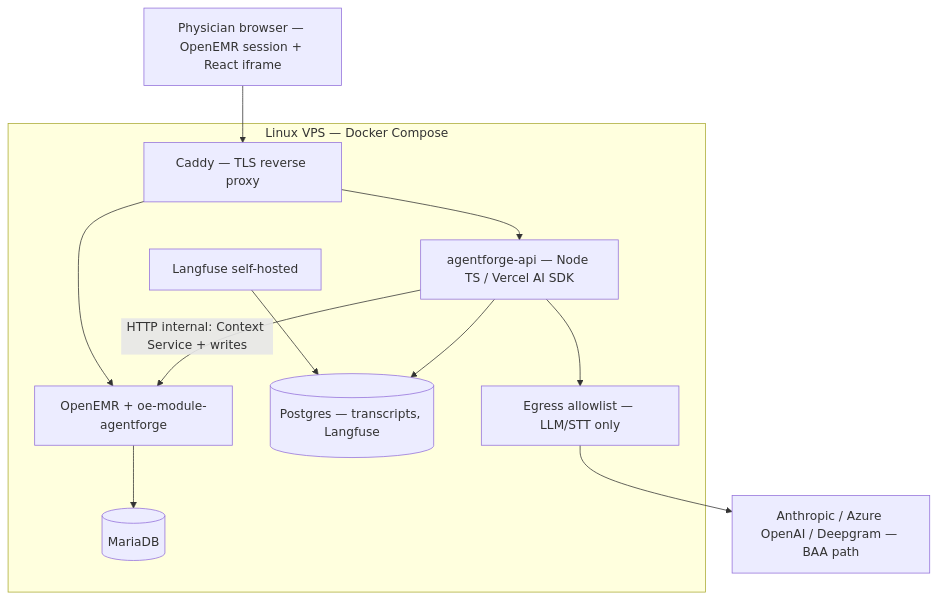
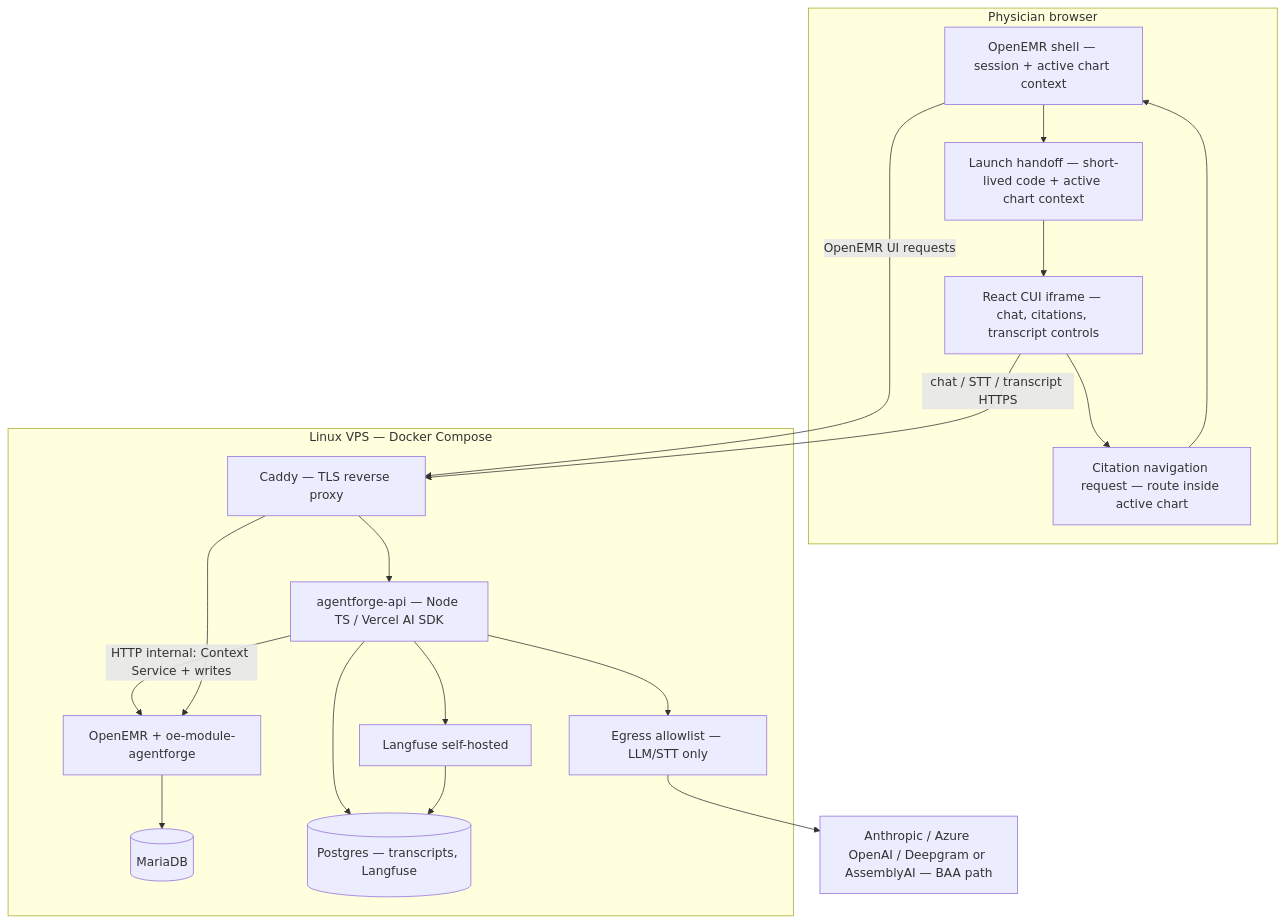
One commit to jdijols/openEMR changed the first of 2 diagrams in ARCHITECTURE.md. Above: the diagram before and after it, drawn with Mermaid. The commit also changed other lines of this file and 4 other files, not shown here.

Commit message:
MVP Submission, Documentation: AUDIT, USERS, ARCHITECTURE FINAL)

````diff
--- a/ARCHITECTURE.md
+++ b/ARCHITECTURE.md
@@ -54,24 +57,37 @@
 ```mermaid
 flowchart TB
+    subgraph Browser["Physician browser"]
+        Shell["OpenEMR shell — session + active chart context"]
+        Launch["Launch handoff — short-lived code + active chart context"]
+        CUI["React CUI iframe — chat, citations, transcript controls"]
+        HostNav["Citation navigation request — route inside active chart"]
+
+        Shell --> Launch
+        Launch --> CUI
+        CUI --> HostNav
+        HostNav --> Shell
+    end
+
     subgraph VPS["Linux VPS — Docker Compose"]
         Caddy["Caddy — TLS reverse proxy"]
         OE["OpenEMR + oe-module-agentforge"]
         DB[(MariaDB)]
         API["agentforge-api — Node TS / Vercel AI SDK"]
         PG[(Postgres — transcripts, Langfuse)]
         LF["Langfuse self-hosted"]
         EP["Egress allowlist — LLM/STT only"]
 
         OE --> DB
         API --> PG
+        API --> LF
         LF --> PG
         API --> EP
         API -->|"HTTP internal: Context Service + writes"| OE
     end
 
-    Browser["Physician browser — OpenEMR session + React iframe"]
-    Browser --> Caddy
+    Shell -->|"OpenEMR UI requests"| Caddy
+    CUI -->|"chat / STT / transcript HTTPS"| Caddy
     Caddy --> OE
     Caddy --> API
-    EP --> Cloud["Anthropic / Azure OpenAI / Deepgram — BAA path"]
+    EP --> Cloud["Anthropic / Azure OpenAI / Deepgram or AssemblyAI — BAA path"]
 ```
````
